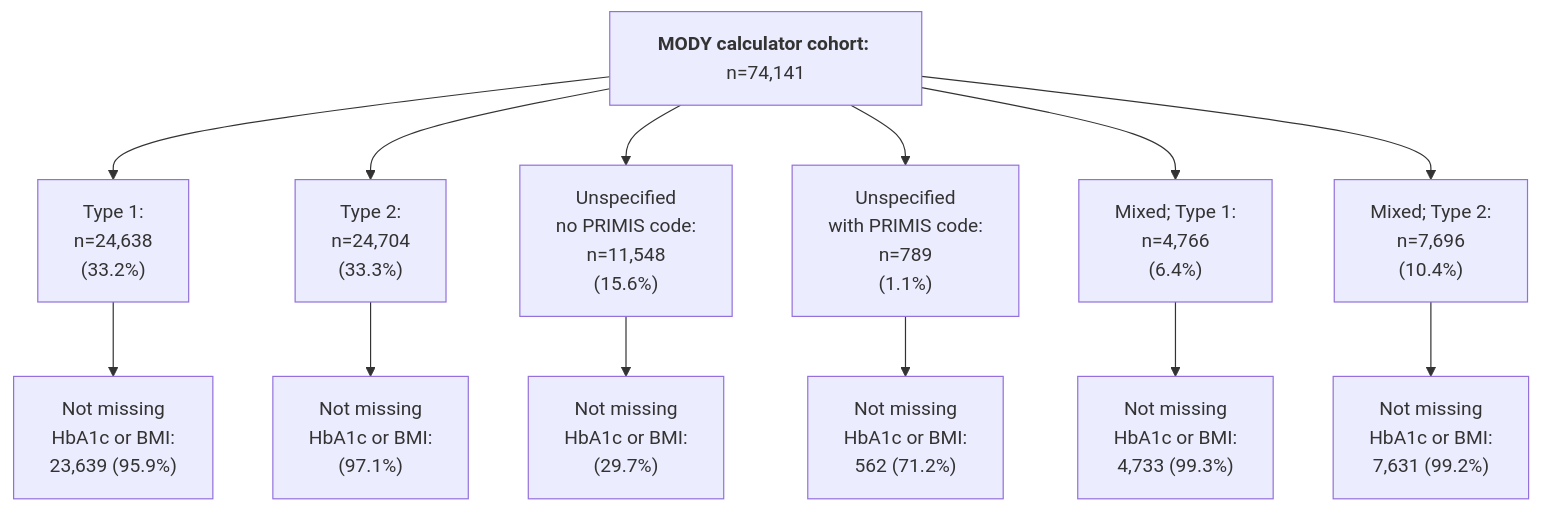
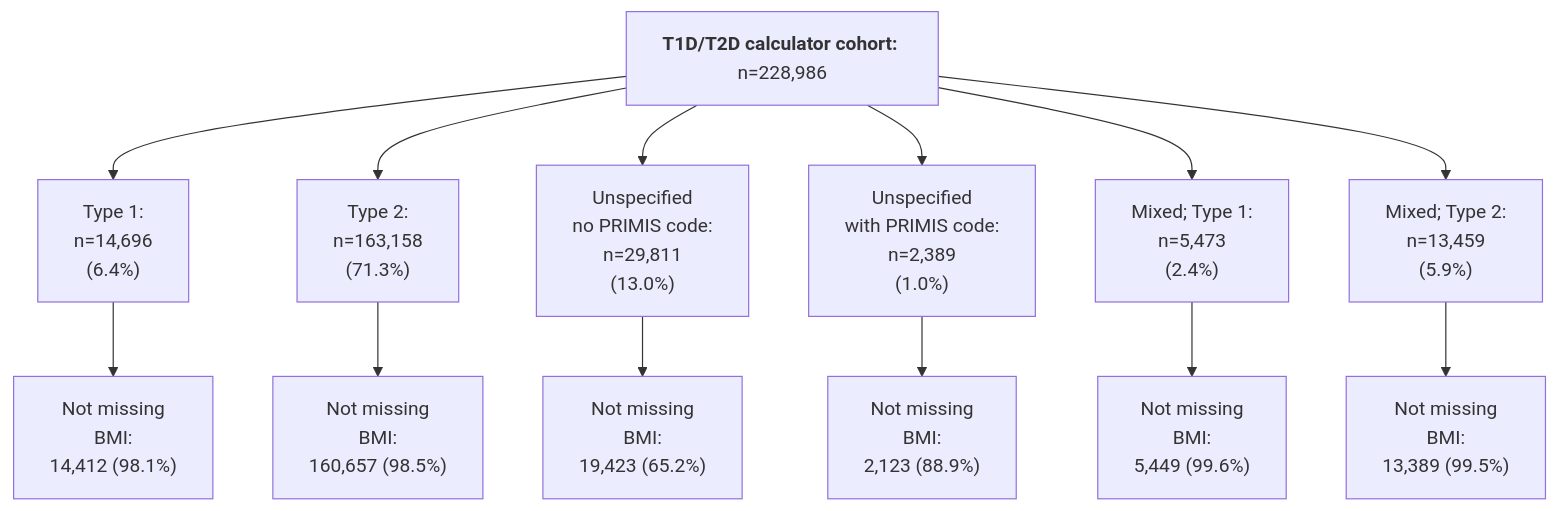
The fourth of 4 diagrams in README.md (Exeter-Diabetes/CPRD-Katie-DePICtion-Scripts), drawn with Mermaid before and after one commit. The commit also changed other lines of this file, not shown here.

````diff
--- a/README.md
+++ b/README.md
@@ -160,15 +159,15 @@
 ```mermaid
 graph TD;
-    G["<b>MODY calculator cohort:</b> n=74,141"] --> H["Type 1:<br>n=24,638<br>(33.2%)"]
-    G --> I["Type 2:<br>n=24,704<br>(33.3%)"]
-    G --> J["Unspecified<br>no PRIMIS code:<br>n=11,548<br>(15.6%)"]
-    G --> K["Unspecified<br>with PRIMIS code: <br>n=789<br>(1.1%)"]
-    G --> L["Mixed; Type 1:<br>n=4,766<br>(6.4%)"]
-    G --> M["Mixed; Type 2:<br>n=7,696<br>(10.4%)"]
-    H --> N["Not missing<br>HbA1c or BMI:<br>23,639 (95.9%)"]
-    I --> O["Not missing<br>HbA1c or BMI:<br> (97.1%)"]
-    J --> P["Not missing<br>HbA1c or BMI:<br> (29.7%)"]
-    K --> Q["Not missing<br>HbA1c or BMI:<br>562 (71.2%)"]
-    L --> R["Not missing<br>HbA1c or BMI:<br>4,733 (99.3%)"]
-    M --> S["Not missing<br>HbA1c or BMI:<br>7,631 (99.2%)"]
+    G["<b>T1D/T2D calculator cohort:</b> n=228,986"] --> H["Type 1:<br>n=14,696<br>(6.4%)"]
+    G --> I["Type 2:<br>n=163,158<br>(71.3%)"]
+    G --> J["Unspecified<br>no PRIMIS code:<br>n=29,811<br>(13.0%)"]
+    G --> K["Unspecified<br>with PRIMIS code: <br>n=2,389<br>(1.0%)"]
+    G --> L["Mixed; Type 1:<br>n=5,473<br>(2.4%)"]
+    G --> M["Mixed; Type 2:<br>n=13,459<br>(5.9%)"]
+    H --> N["Not missing<br>BMI:<br>14,412 (98.1%)"]
+    I --> O["Not missing<br>BMI:<br>160,657 (98.5%)"]
+    J --> P["Not missing<br>BMI:<br>19,423 (65.2%)"]
+    K --> Q["Not missing<br>BMI:<br>2,123 (88.9%)"]
+    L --> R["Not missing<br>BMI:<br>5,449 (99.6%)"]
+    M --> S["Not missing<br>BMI:<br>13,389 (99.5%)"]
 ```
````
